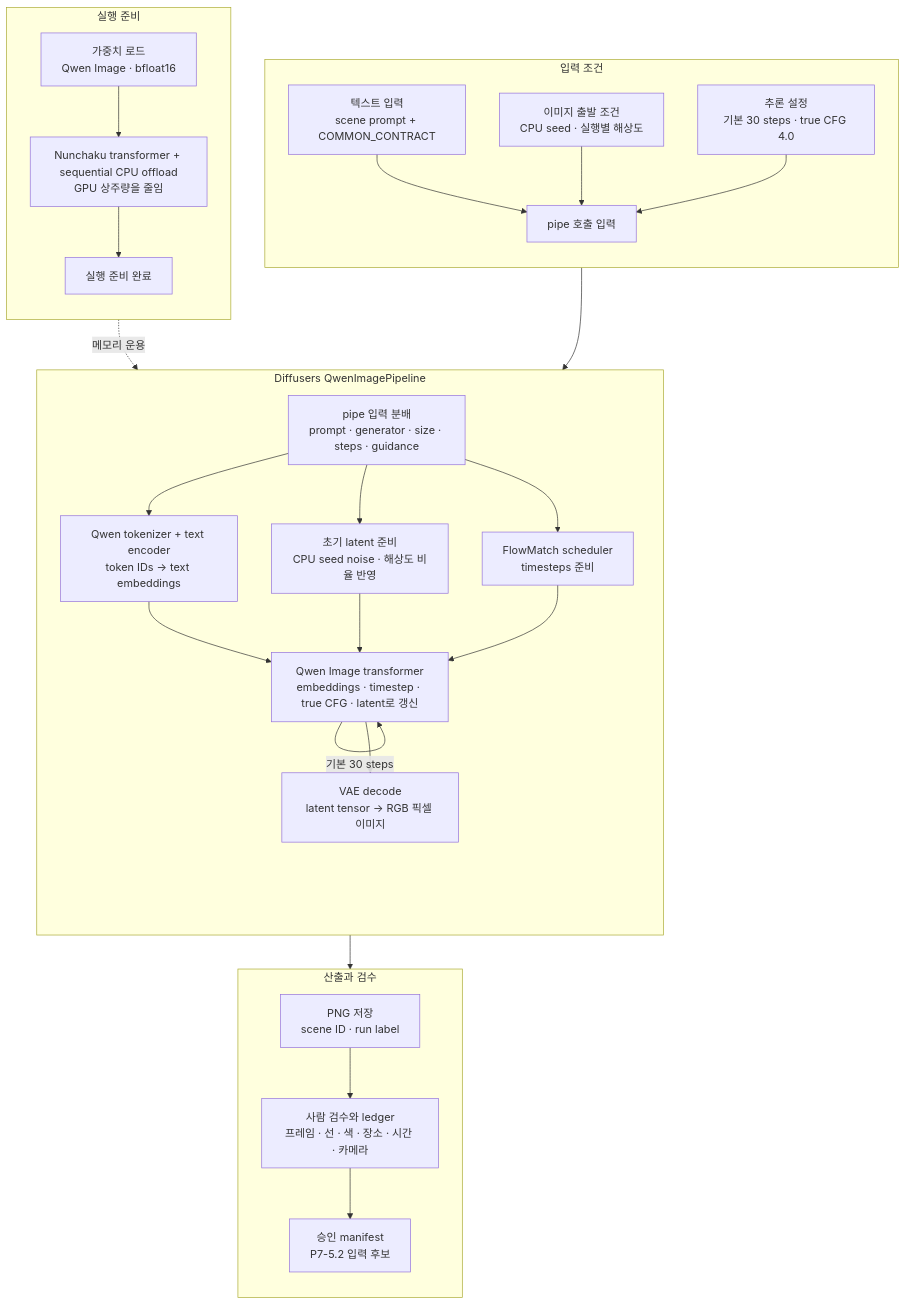
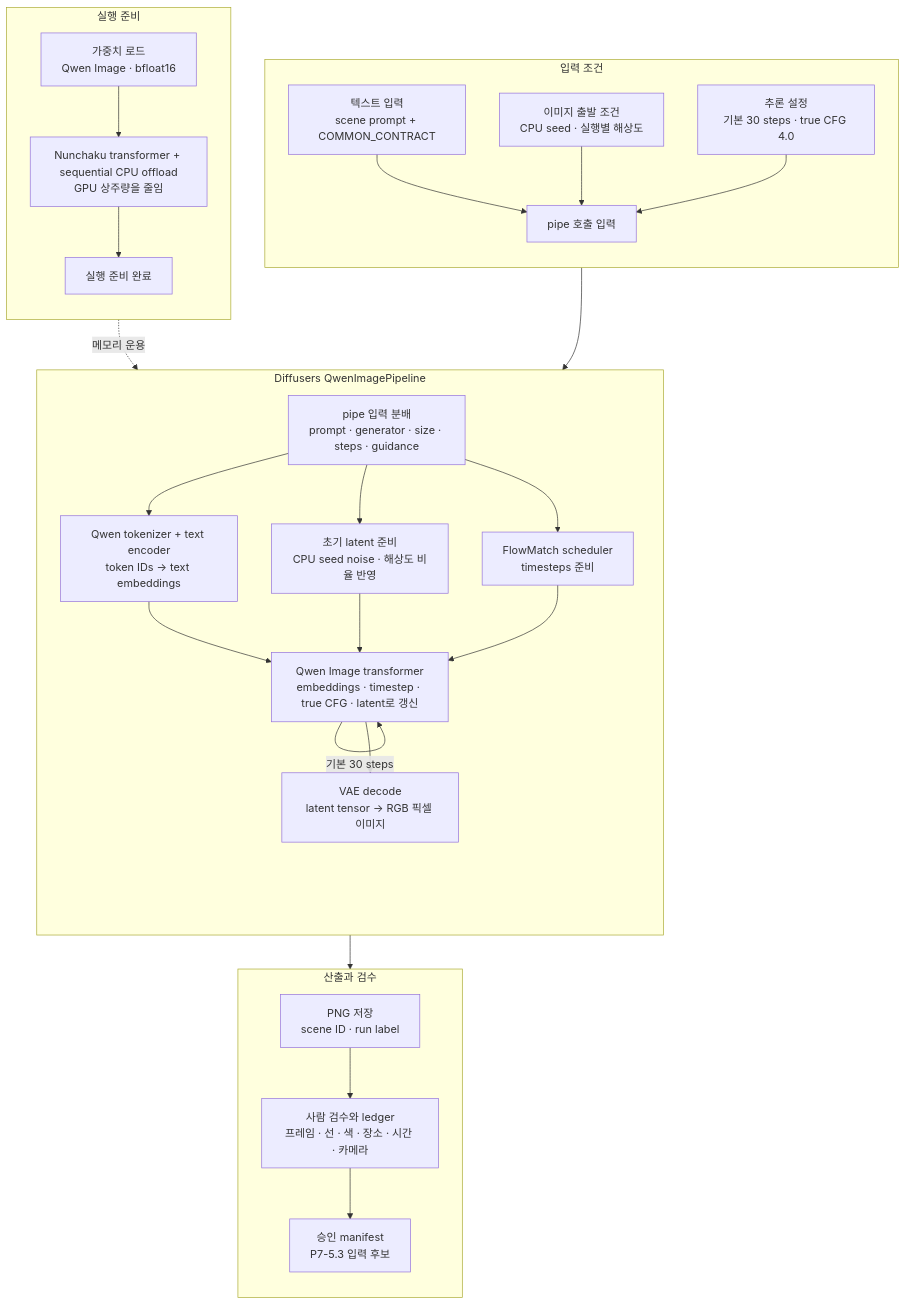
The diagram in docs/assets/part-07/chapter-05/p7-5-1-ai-model-inference-pipeline-ko.mmd (devchan64/AiBook), drawn with Mermaid before and after one commit. The commit also changed 184 other files, not shown here.

```diff
--- a/docs/assets/part-07/chapter-05/p7-5-1-ai-model-inference-pipeline-ko.mmd
+++ b/docs/assets/part-07/chapter-05/p7-5-1-ai-model-inference-pipeline-ko.mmd
@@ -1,49 +1,49 @@
 flowchart TD
   subgraph input["입력 조건"]
     direction TB
     prompt_input["텍스트 입력<br/>scene prompt + COMMON_CONTRACT"]
     latent_input["이미지 출발 조건<br/>CPU seed · 실행별 해상도"]
     run_input["추론 설정<br/>기본 30 steps · true CFG 4.0"]
     input_bundle["pipe 호출 입력"]
   end
 
   subgraph prepare["실행 준비"]
     direction TB
     weights["가중치 로드<br/>Qwen Image · bfloat16"]
     offload["Nunchaku transformer + sequential CPU offload<br/>GPU 상주량을 줄임"]
     ready["실행 준비 완료"]
   end
 
   subgraph pipeline["Diffusers QwenImagePipeline"]
     direction TB
     apply_input["pipe 입력 분배<br/>prompt · generator · size · steps · guidance"]
     text["Qwen tokenizer + text encoder<br/>token IDs → text embeddings"]
     latent["초기 latent 준비<br/>CPU seed noise · 해상도 비율 반영"]
     schedule["FlowMatch scheduler<br/>timesteps 준비"]
     transformer["Qwen Image transformer<br/>embeddings · timestep · true CFG · latent로 갱신"]
     decode["VAE decode<br/>latent tensor → RGB 픽셀 이미지"]
   end
 
   subgraph result["산출과 검수"]
     direction TB
     output["PNG 저장<br/>scene ID · run label"]
     review["사람 검수와 ledger<br/>프레임 · 선 · 색 · 장소 · 시간 · 카메라"]
-    manifest["승인 manifest<br/>P7-5.2 입력 후보"]
+    manifest["승인 manifest<br/>P7-5.3 입력 후보"]
   end
 
   prompt_input --> input_bundle
   latent_input --> input_bundle
   run_input --> input_bundle
 
   weights --> offload --> ready
   ready -.메모리 운용.-> apply_input
 
   input_bundle --> apply_input
   apply_input --> text
   apply_input --> latent
   apply_input --> schedule
   text --> transformer
   latent --> transformer
   schedule --> transformer
   transformer -->|기본 30 steps| transformer
   transformer --> decode --> output --> review --> manifest
```
